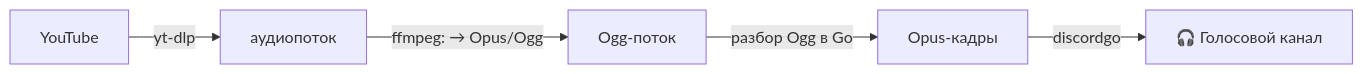
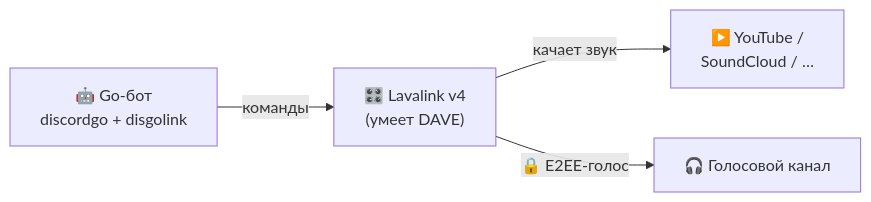
Before and after one commit to wexxxew/botgolang: the diagram in README.md, drawn with Mermaid. The commit also changed other lines of this file and 15 other files, not shown here.

First line of the commit message:
Музыка через Lavalink + команды развлечений и модерации

````diff
--- a/README.md
+++ b/README.md
@@ -34,7 +111,6 @@
 ```mermaid
 flowchart LR
-    A[YouTube] -->|yt-dlp| B[аудиопоток]
-    B -->|ffmpeg: → Opus/Ogg| C[Ogg-поток]
-    C -->|разбор Ogg в Go| D[Opus-кадры]
-    D -->|discordgo| E[🎧 Голосовой канал]
+    A["🤖 Go-бот<br/>discordgo + disgolink"] -->|команды| B["🎛️ Lavalink v4<br/>(умеет DAVE)"]
+    B -->|качает звук| C["▶️ YouTube /<br/>SoundCloud / …"]
+    B -->|🔒 E2EE-голос| D["🎧 Голосовой канал"]
 ```
````
